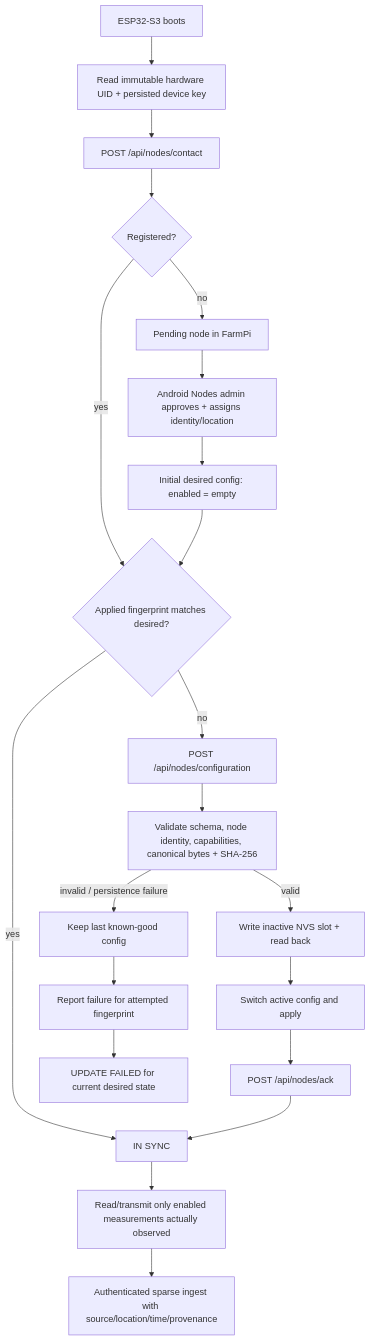
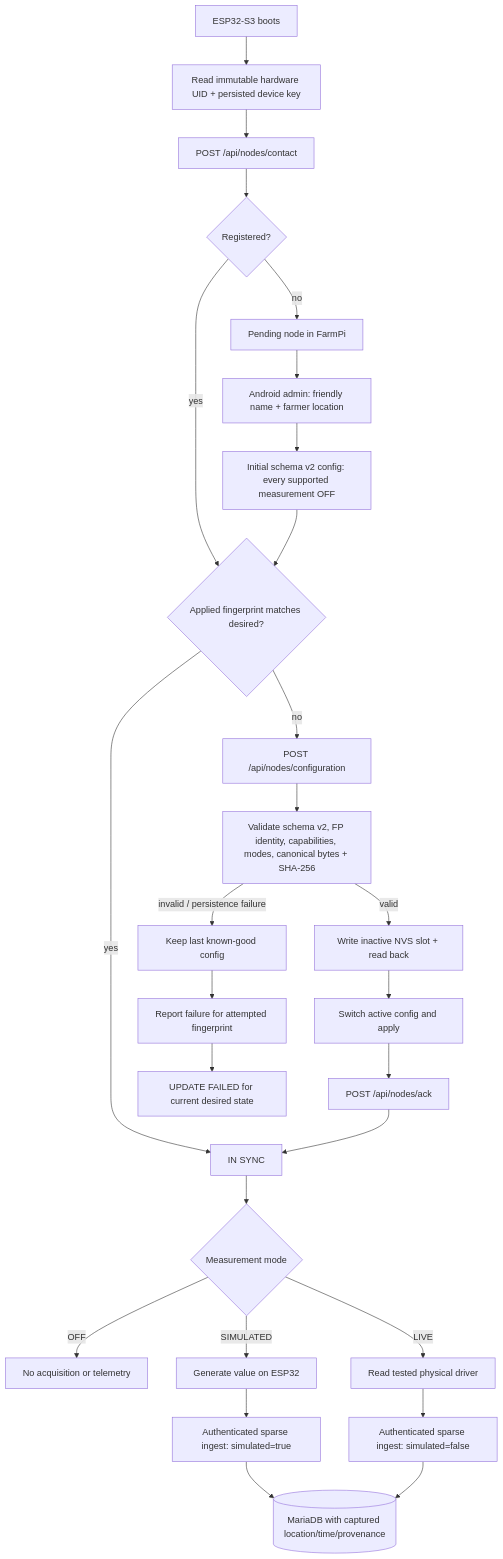
The diagram in docs/diagrams/managed-node-configuration.mmd (w0rmy/farmpi), drawn with Mermaid before and after one commit.

Commit message:
docs: update managed-node diagram for source modes

```diff
--- a/docs/diagrams/managed-node-configuration.mmd
+++ b/docs/diagrams/managed-node-configuration.mmd
@@ -1,21 +1,27 @@
 flowchart TD
   B[ESP32-S3 boots] --> U[Read immutable hardware UID + persisted device key]
   U --> C[POST /api/nodes/contact]
   C --> R{Registered?}
   R -->|no| P[Pending node in FarmPi]
-  P --> A[Android Nodes admin approves + assigns identity/location]
-  A --> E[Initial desired config: enabled = empty]
+  P --> A[Android admin: friendly name + farmer location]
+  A --> E[Initial schema v2 config: every supported measurement OFF]
   R -->|yes| H{Applied fingerprint matches desired?}
   E --> H
   H -->|yes| S[IN SYNC]
   H -->|no| F[POST /api/nodes/configuration]
-  F --> V[Validate schema, node identity, capabilities, canonical bytes + SHA-256]
+  F --> V[Validate schema v2, FP identity, capabilities, modes, canonical bytes + SHA-256]
   V -->|valid| N[Write inactive NVS slot + read back]
   N --> X[Switch active config and apply]
   X --> K[POST /api/nodes/ack]
   K --> S
   V -->|invalid / persistence failure| L[Keep last known-good config]
   L --> Q[Report failure for attempted fingerprint]
   Q --> D[UPDATE FAILED for current desired state]
-  S --> T[Read/transmit only enabled measurements actually observed]
-  T --> I[Authenticated sparse ingest with source/location/time/provenance]
+  S --> M{Measurement mode}
+  M -->|OFF| O[No acquisition or telemetry]
+  M -->|SIMULATED| G[Generate value on ESP32]
+  M -->|LIVE| P2[Read tested physical driver]
+  G --> I[Authenticated sparse ingest: simulated=true]
+  P2 --> I2[Authenticated sparse ingest: simulated=false]
+  I --> DB[(MariaDB with captured location/time/provenance)]
+  I2 --> DB
```
